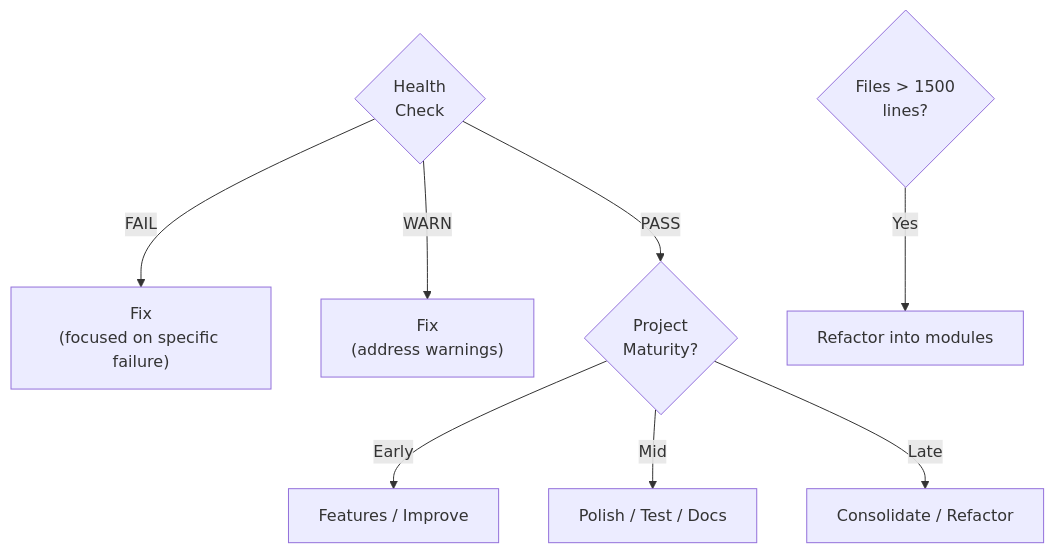
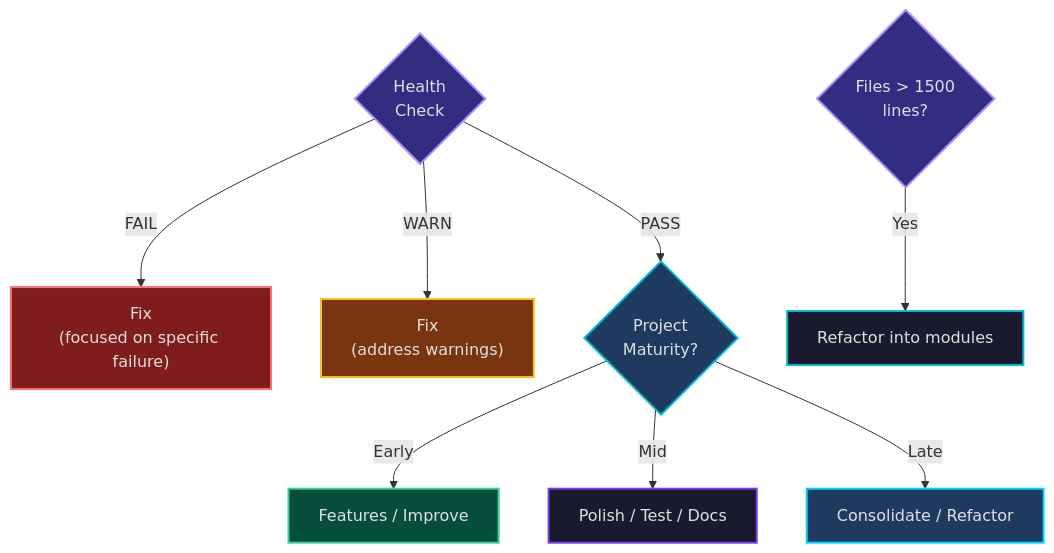
The third of 3 diagrams in README.md (mvalancy/tritium-coder), drawn with Mermaid before and after one commit. The commit also changed other lines of this file, not shown here.

First line of the commit message:
Style mermaid diagrams with dark teal/purple color palette

````diff
--- a/README.md
+++ b/README.md
@@ -174,13 +192,23 @@
 ```mermaid
 flowchart TD
     Check{"Health\nCheck"}
     Check -->|FAIL| Fix["Fix\n(focused on specific failure)"]
     Check -->|WARN| FixW["Fix\n(address warnings)"]
     Check -->|PASS| Maturity{"Project\nMaturity?"}
 
     Maturity -->|Early| Features["Features / Improve"]
     Maturity -->|Mid| Polish["Polish / Test / Docs"]
     Maturity -->|Late| Harden["Consolidate / Refactor"]
 
     Big{"Files > 1500\nlines?"} -->|Yes| Refactor["Refactor into modules"]
+
+    style Check fill:#312e81,stroke:#a78bfa,color:#e0e0e0,stroke-width:2px
+    style Fix fill:#7f1d1d,stroke:#f87171,color:#e0e0e0,stroke-width:2px
+    style FixW fill:#78350f,stroke:#fbbf24,color:#e0e0e0,stroke-width:2px
+    style Maturity fill:#1e3a5f,stroke:#06b6d4,color:#e0e0e0,stroke-width:2px
+    style Features fill:#064e3b,stroke:#34d399,color:#e0e0e0,stroke-width:2px
+    style Polish fill:#1a1a2e,stroke:#7c3aed,color:#e0e0e0,stroke-width:2px
+    style Harden fill:#1e3a5f,stroke:#00d4ff,color:#e0e0e0,stroke-width:2px
+    style Big fill:#312e81,stroke:#a78bfa,color:#e0e0e0,stroke-width:2px
+    style Refactor fill:#1a1a2e,stroke:#06b6d4,color:#e0e0e0,stroke-width:2px
 ```
````
